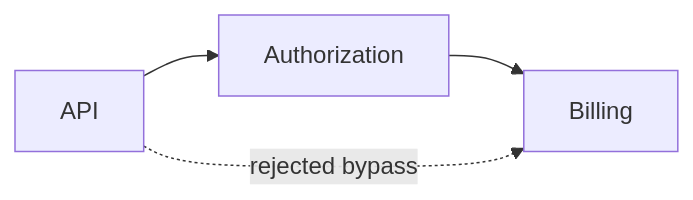
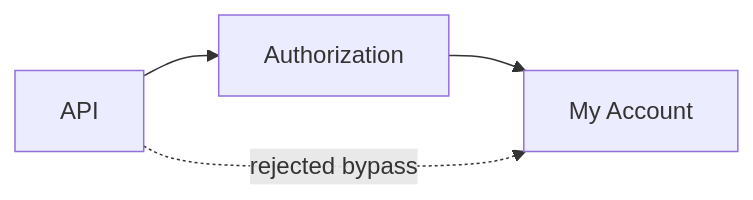
One commit to CathedralOS/Omega changed the first of 2 diagrams in README.md. Above: the diagram before and after it, drawn with Mermaid. The commit also changed other lines of this file, not shown here.

````diff
--- a/README.md
+++ b/README.md
@@ -31,5 +132,5 @@
 ```mermaid
 flowchart LR
-        api[API] --> authorization[Authorization] --> billing[Billing]
-        api -. rejected bypass .-> billing
+        api[API] --> authorization[Authorization] --> account[My Account]
+        api -. rejected bypass .-> account
 ```
````
